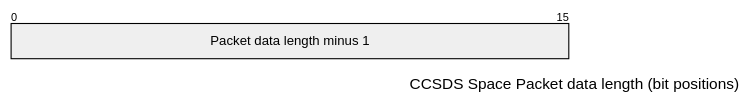
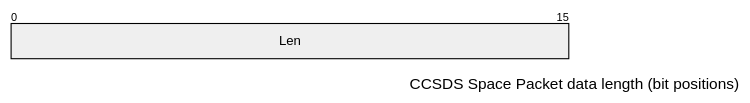
Before and after one commit to JPL-Devin/fprime: the tenth of 21 diagrams in docs/reference/flight-ground-interface.md, drawn with Mermaid. The commit also changed other lines of this file, not shown here.

Commit message:
docs: compact Mermaid packet labels

````diff
--- a/docs/reference/flight-ground-interface.md
+++ b/docs/reference/flight-ground-interface.md
@@ -411,5 +411,5 @@
 ```mermaid
 packet-beta
 title CCSDS Space Packet data length (bit positions)
-0-15: "Packet data length minus 1"
+0-15: "Len"
 ```
````
